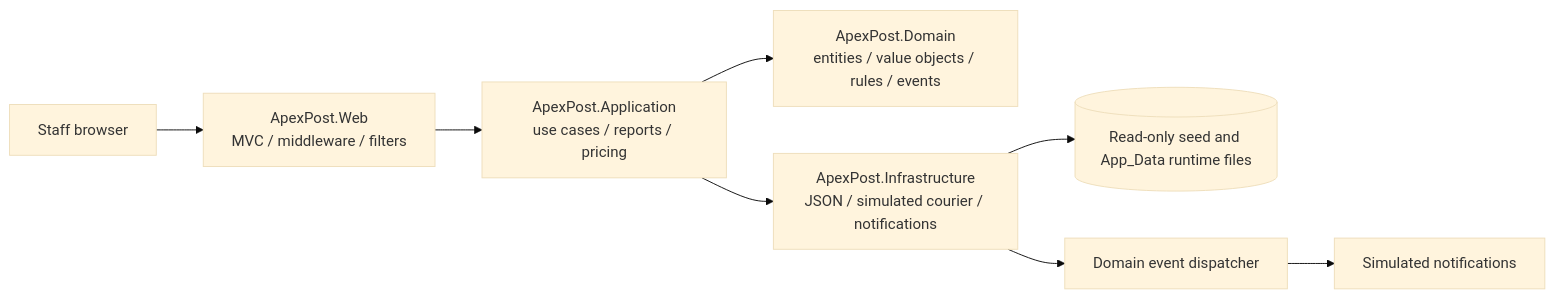
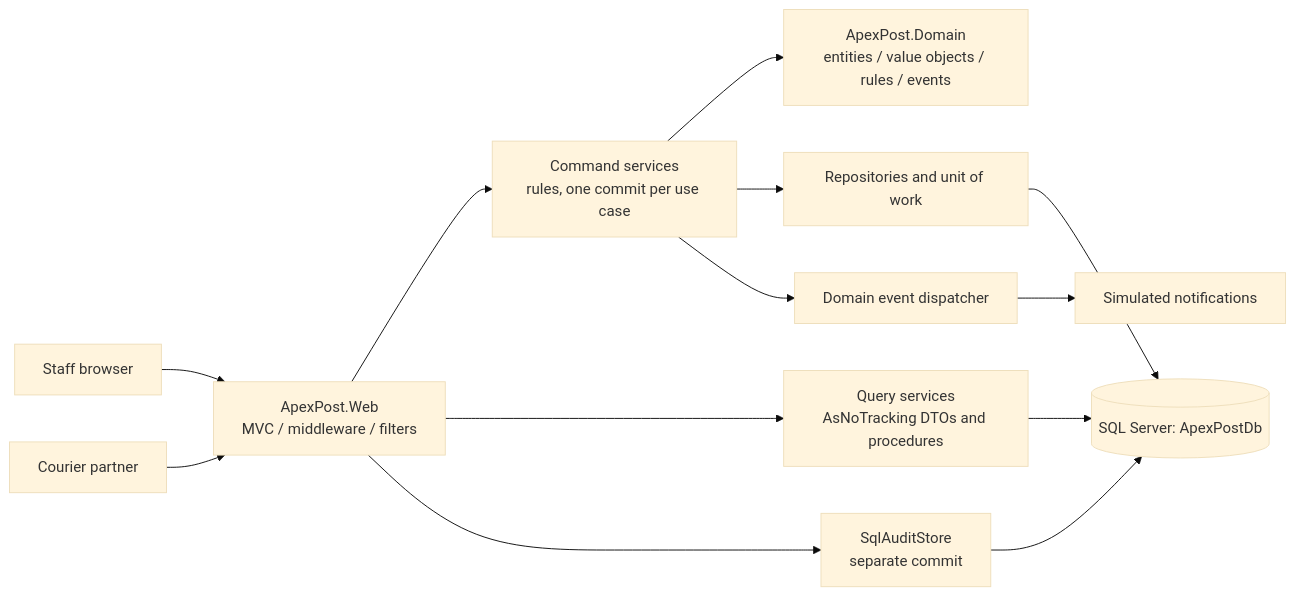
One commit to vercellmotive/ApexPost changed the third of 5 diagrams in DESIGN.md. Above: the diagram before and after it, drawn with Mermaid (base theme). The commit also changed other lines of this file and 8 other files, not shown here.

First line of the commit message:
docs: describe the SQL Server system and refresh evidence

````diff
--- a/DESIGN.md
+++ b/DESIGN.md
@@ -98,10 +97,15 @@
 ```mermaid
 flowchart LR
     Browser[Staff browser] --> Web[ApexPost.Web<br/>MVC / middleware / filters]
-    Web --> App[ApexPost.Application<br/>use cases / reports / pricing]
-    App --> Domain[ApexPost.Domain<br/>entities / value objects / rules / events]
-    App --> Infra[ApexPost.Infrastructure<br/>JSON / simulated courier / notifications]
-    Infra --> Files[(Read-only seed and App_Data runtime files)]
-    Infra --> EventDispatcher[Domain event dispatcher]
-    EventDispatcher --> Notifications[Simulated notifications]
+    Partner[Courier partner] --> Web
+    Web --> Commands[Command services<br/>rules, one commit per use case]
+    Web --> Queries[Query services<br/>AsNoTracking DTOs and procedures]
+    Commands --> Domain[ApexPost.Domain<br/>entities / value objects / rules / events]
+    Commands --> Repos[Repositories and unit of work]
+    Repos --> Db[(SQL Server: ApexPostDb)]
+    Queries --> Db
+    Web --> Audit[SqlAuditStore<br/>separate commit]
+    Audit --> Db
+    Commands --> Events[Domain event dispatcher]
+    Events --> Notifications[Simulated notifications]
 ```
````
